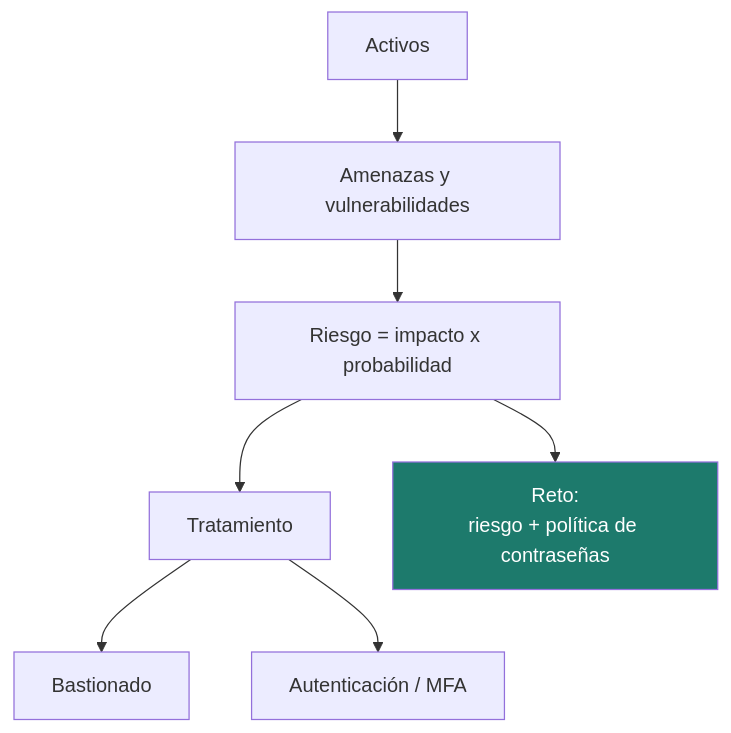
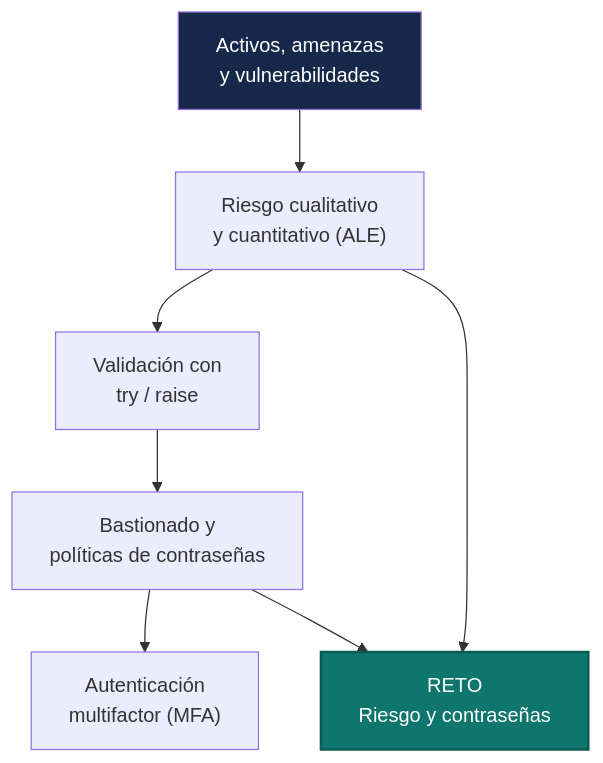
One commit to campusdevfp/cybersec2627 changed the first of 4 diagrams in docs/ud4/index.md. Above: the diagram before and after it, drawn with Mermaid. The commit also changed other lines of this file and 5 other files, not shown here.

````diff
--- a/docs/ud4/index.md
+++ b/docs/ud4/index.md
@@ -15,10 +10,11 @@
 ```mermaid
 flowchart TB
-    A[Activos] --> B[Amenazas y vulnerabilidades]
-    B --> C[Riesgo = impacto x probabilidad]
-    C --> D[Tratamiento]
-    D --> E[Bastionado]
-    D --> F[Autenticación / MFA]
-    C --> P[Reto:<br/>riesgo + política de contraseñas]
-    style P fill:#1d7a6c,color:#fff
+    A["Activos, amenazas<br/>y vulnerabilidades"] --> B["Riesgo cualitativo<br/>y cuantitativo (ALE)"]
+    B --> C["Validación con<br/>try / raise"]
+    C --> D["Bastionado y<br/>políticas de contraseñas"]
+    D --> E["Autenticación<br/>multifactor (MFA)"]
+    B --> P["RETO<br/>Riesgo y contraseñas"]
+    D --> P
+    style P fill:#0f766e,color:#fff,stroke:#0a5c52,stroke-width:2px
+    style A fill:#16294a,color:#fff
 ```
````
